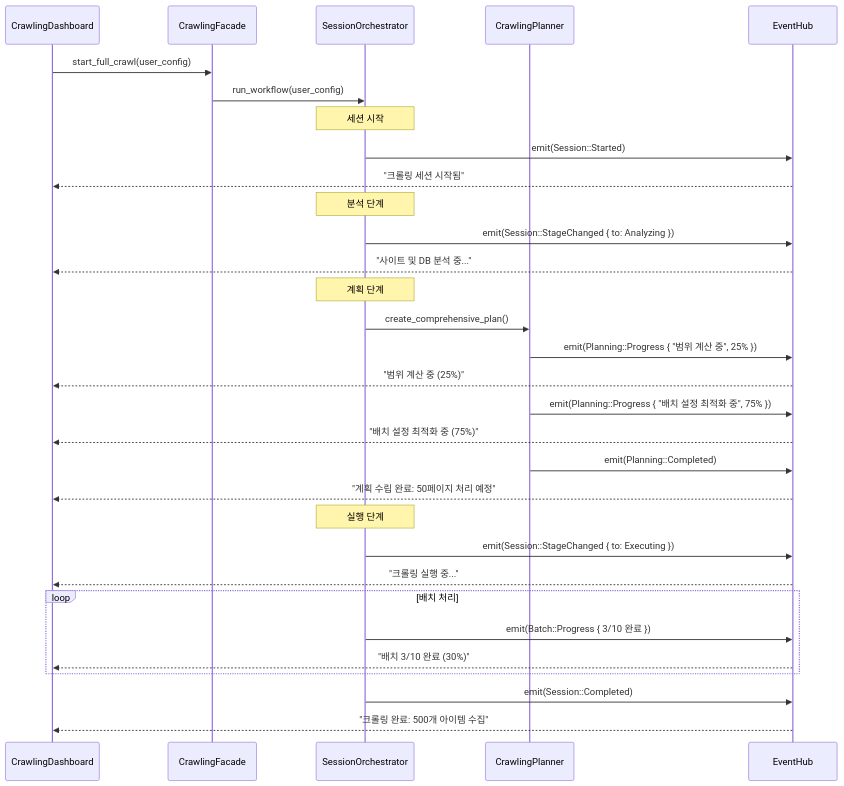
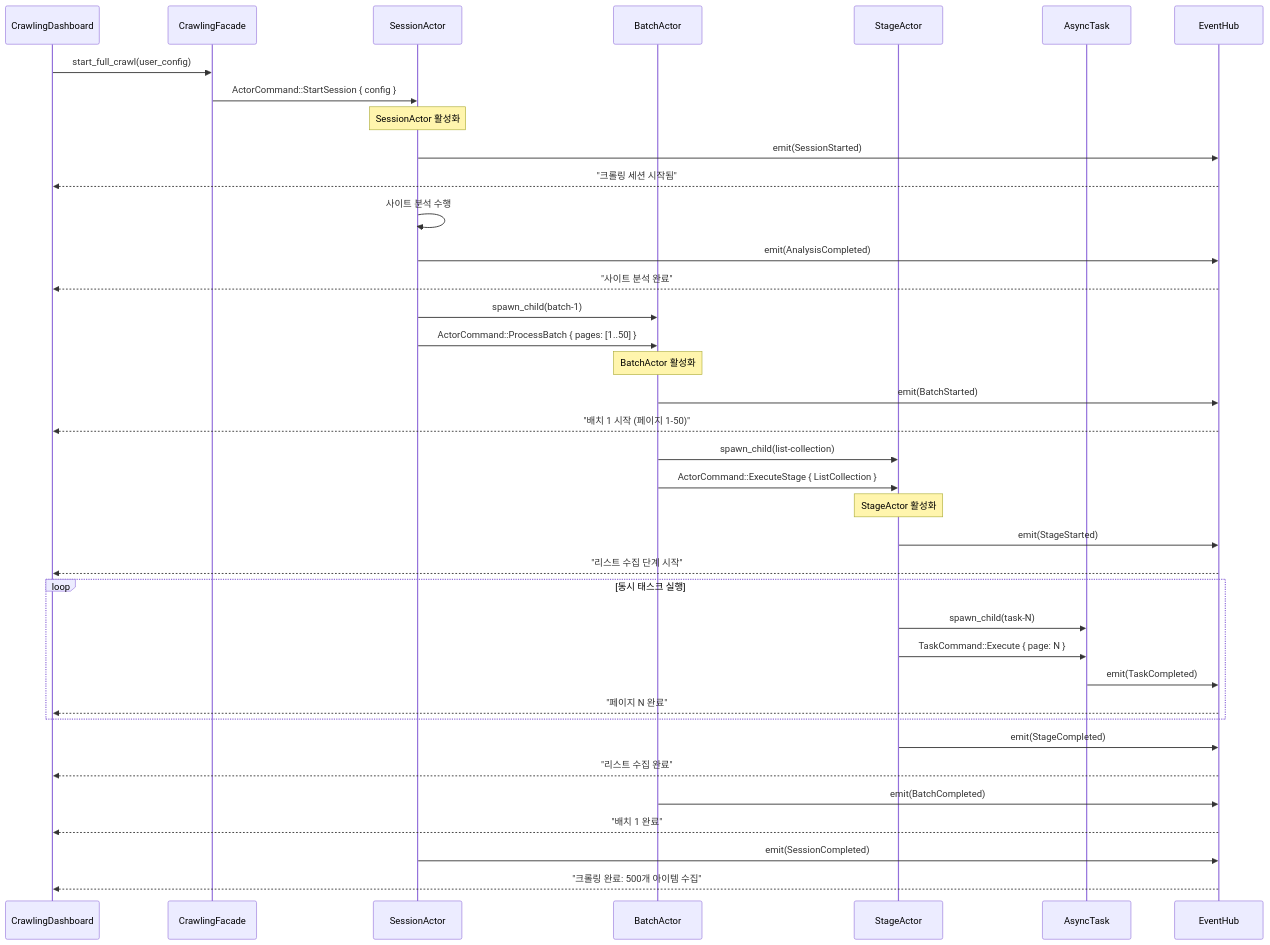
One commit to Chanseok/rMatterCertis changed the fourth of 8 diagrams in guide/re-arch-plan2.md. Above: the diagram before and after it, drawn with Mermaid. The commit also changed other lines of this file and 32 other files, not shown here.

````diff
--- a/guide/re-arch-plan2.md
+++ b/guide/re-arch-plan2.md
@@ -789,42 +1569,51 @@
 ```mermaid
 sequenceDiagram
     participant UI as CrawlingDashboard
     participant Facade as CrawlingFacade
-    participant Orchestrator as SessionOrchestrator
-    participant Planner as CrawlingPlanner
+    participant SessionActor as SessionActor
+    participant BatchActor as BatchActor
+    participant StageActor as StageActor
+    participant AsyncTask as AsyncTask
     participant EventHub as EventHub
 
     UI->>Facade: start_full_crawl(user_config)
-    Facade->>Orchestrator: run_workflow(user_config)
+    Facade->>SessionActor: ActorCommand::StartSession { config }
     
-    Note over Orchestrator: 세션 시작
-    Orchestrator->>EventHub: emit(Session::Started)
+    Note over SessionActor: SessionActor 활성화
+    SessionActor->>EventHub: emit(SessionStarted)
     EventHub-->>UI: "크롤링 세션 시작됨"
 
-    Note over Orchestrator: 분석 단계
-    Orchestrator->>EventHub: emit(Session::StageChanged { to: Analyzing })
-    EventHub-->>UI: "사이트 및 DB 분석 중..."
+    SessionActor->>SessionActor: 사이트 분석 수행
+    SessionActor->>EventHub: emit(AnalysisCompleted)
+    EventHub-->>UI: "사이트 분석 완료"
 
-    Note over Orchestrator: 계획 단계
-    Orchestrator->>Planner: create_comprehensive_plan()
-    Planner->>EventHub: emit(Planning::Progress { "범위 계산 중", 25% })
-    EventHub-->>UI: "범위 계산 중 (25%)"
+    SessionActor->>BatchActor: spawn_child(batch-1)
+    SessionActor->>BatchActor: ActorCommand::ProcessBatch { pages: [1..50] }
     
-    Planner->>EventHub: emit(Planning::Progress { "배치 설정 최적화 중", 75% })
-    EventHub-->>UI: "배치 설정 최적화 중 (75%)"
+    Note over BatchActor: BatchActor 활성화
+    BatchActor->>EventHub: emit(BatchStarted)
+    EventHub-->>UI: "배치 1 시작 (페이지 1-50)"
+
+    BatchActor->>StageActor: spawn_child(list-collection)
+    BatchActor->>StageActor: ActorCommand::ExecuteStage { ListCollection }
     
-    Planner->>EventHub: emit(Planning::Completed)
-    EventHub-->>UI: "계획 수립 완료: 50페이지 처리 예정"
+    Note over StageActor: StageActor 활성화  
+    StageActor->>EventHub: emit(StageStarted)
+    EventHub-->>UI: "리스트 수집 단계 시작"
 
-    Note over Orchestrator: 실행 단계
-    Orchestrator->>EventHub: emit(Session::StageChanged { to: Executing })
-    EventHub-->>UI: "크롤링 실행 중..."
-
-    loop 배치 처리
-        Orchestrator->>EventHub: emit(Batch::Progress { 3/10 완료 })
-        EventHub-->>UI: "배치 3/10 완료 (30%)"
+    loop 동시 태스크 실행
+        StageActor->>AsyncTask: spawn_child(task-N)
+        StageActor->>AsyncTask: TaskCommand::Execute { page: N }
+        AsyncTask->>EventHub: emit(TaskCompleted)
+        EventHub-->>UI: "페이지 N 완료"
     end
 
-    Orchestrator->>EventHub: emit(Session::Completed)
+    StageActor->>EventHub: emit(StageCompleted)
+    EventHub-->>UI: "리스트 수집 완료"
+    
+    BatchActor->>EventHub: emit(BatchCompleted)
+    EventHub-->>UI: "배치 1 완료"
+    
+    SessionActor->>EventHub: emit(SessionCompleted)
     EventHub-->>UI: "크롤링 완료: 500개 아이템 수집"
 ```
````
